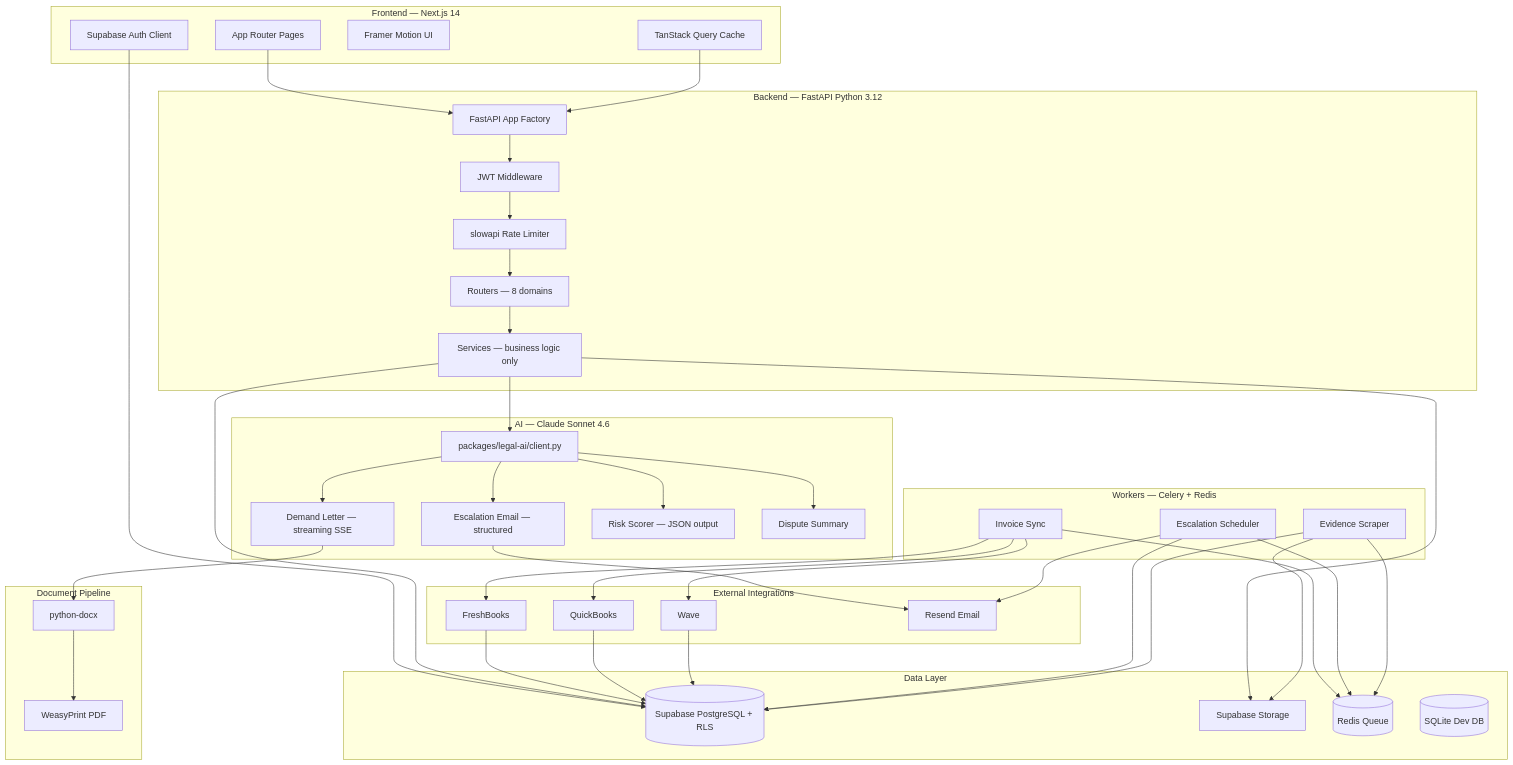
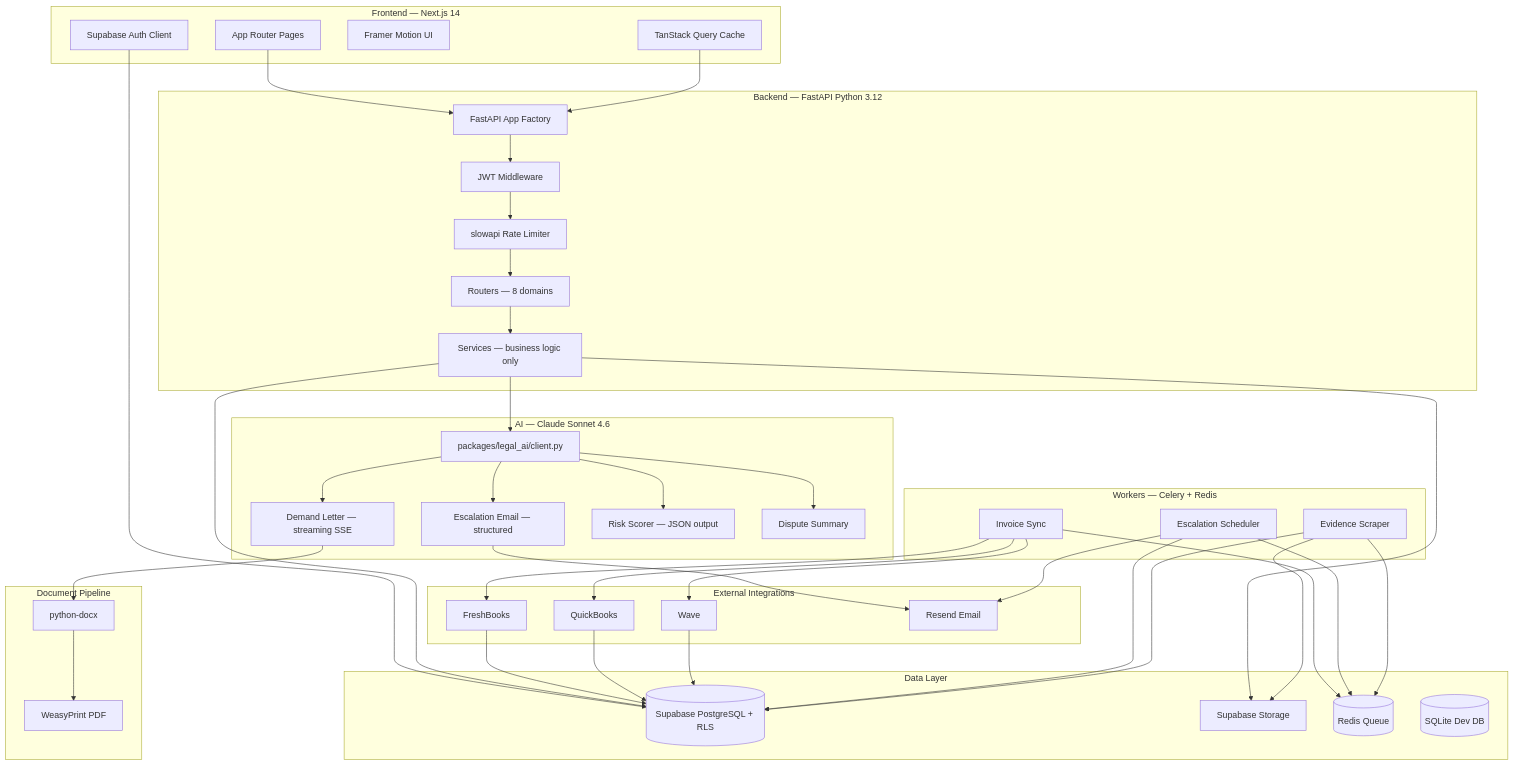
One commit to RudrenduPaul/freelancer-payment-protection changed the first of 2 diagrams in README.md. Above: the diagram before and after it, drawn with Mermaid. The commit also changed other lines of this file and 35 other files, not shown here.

````diff
--- a/README.md
+++ b/README.md
@@ -337,65 +337,65 @@
 ```mermaid
 graph TB
     subgraph "Frontend — Next.js 14"
         A[App Router Pages]
         B[TanStack Query Cache]
         C[Framer Motion UI]
         D[Supabase Auth Client]
     end
 
     subgraph "Backend — FastAPI Python 3.12"
         E[FastAPI App Factory]
         F[JWT Middleware]
         G[slowapi Rate Limiter]
         H[Routers — 8 domains]
         I[Services — business logic only]
     end
 
     subgraph "AI — Claude Sonnet 4.6"
-        J[packages/legal-ai/client.py]
+        J[packages/legal_ai/client.py]
         K[Demand Letter — streaming SSE]
         L[Escalation Email — structured]
         M[Risk Scorer — JSON output]
         N[Dispute Summary]
     end
 
     subgraph "Document Pipeline"
         O[python-docx]
         P[WeasyPrint PDF]
     end
 
     subgraph "Workers — Celery + Redis"
         Q[Invoice Sync]
         R[Escalation Scheduler]
         S[Evidence Scraper]
     end
 
     subgraph "Data Layer"
         T[(Supabase PostgreSQL + RLS)]
         U[Supabase Storage]
         V[(Redis Queue)]
         W[(SQLite Dev DB)]
     end
 
     subgraph "External Integrations"
         X[FreshBooks]
         Y[QuickBooks]
         Z[Wave]
         AA[Resend Email]
     end
 
     A --> E
     D --> T
     B --> E
     E --> F --> G --> H --> I
     I --> J
     J --> K --> O --> P
     J --> L --> AA
     J --> M
     J --> N
     I --> T & U
     Q --> X & Y & Z --> T
     R --> AA & T
     S --> U & T
     Q & R & S --> V
 ```
````
